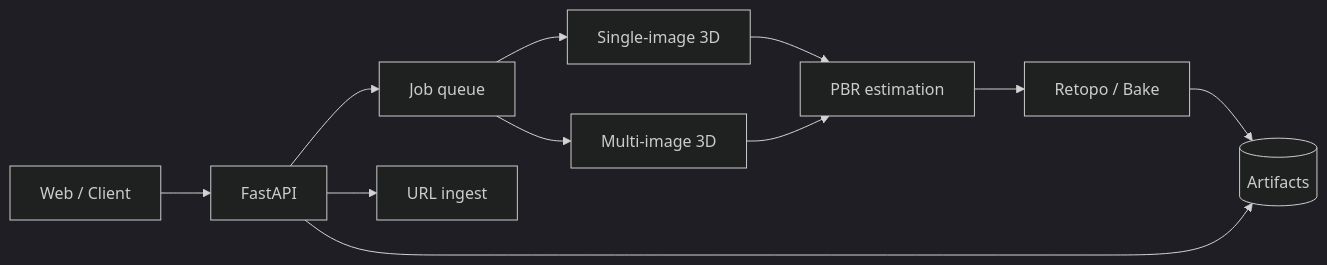
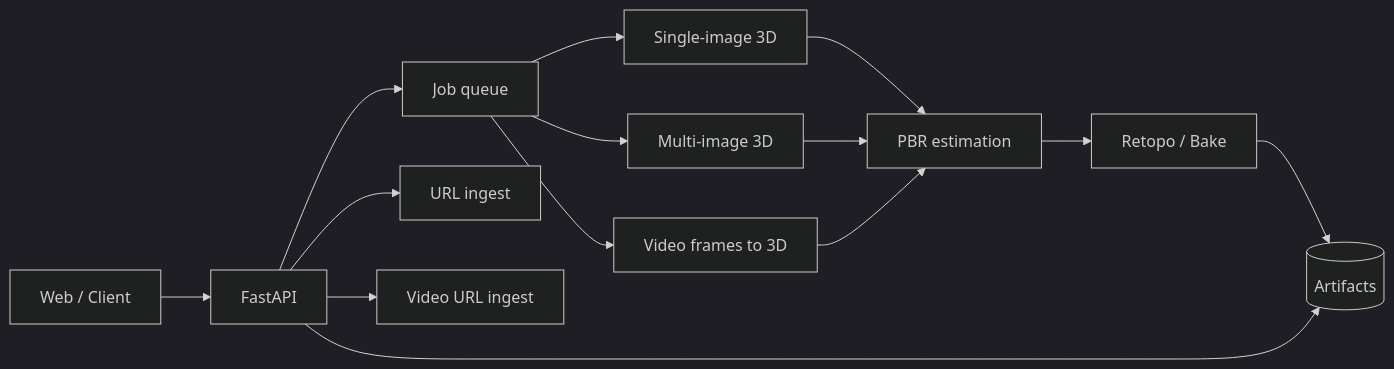
Before and after one commit to HEO-J-H/Pix2Poly: the diagram in docs/system-design.md, drawn with Mermaid (dark theme). The commit also changed other lines of this file and 28 other files, not shown here.

````diff
--- a/docs/system-design.md
+++ b/docs/system-design.md
@@ -9,22 +9,27 @@
 ```mermaid
 flowchart LR
   Client[Web / Client]
   API[FastAPI]
   Queue[Job queue]
   Ingest[URL ingest]
+  Vid[Video URL ingest]
   S2D[Single-image 3D]
   M2D[Multi-image 3D]
+  V2D[Video frames to 3D]
   PBR[PBR estimation]
   Mesh[Retopo / Bake]
 
   Client --> API
   API --> Queue
   API --> Ingest
+  API --> Vid
   Queue --> S2D
   Queue --> M2D
+  Queue --> V2D
   S2D --> PBR
   M2D --> PBR
+  V2D --> PBR
   PBR --> Mesh
   Mesh --> Storage[(Artifacts)]
   API --> Storage
 ```
````
